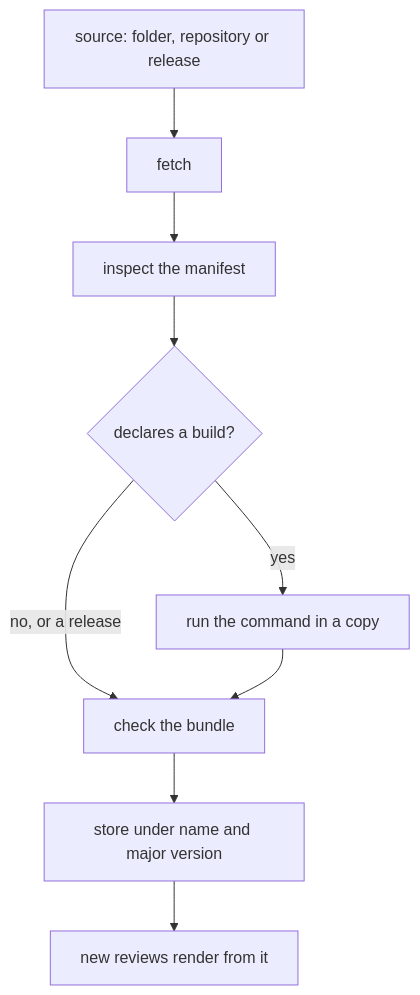
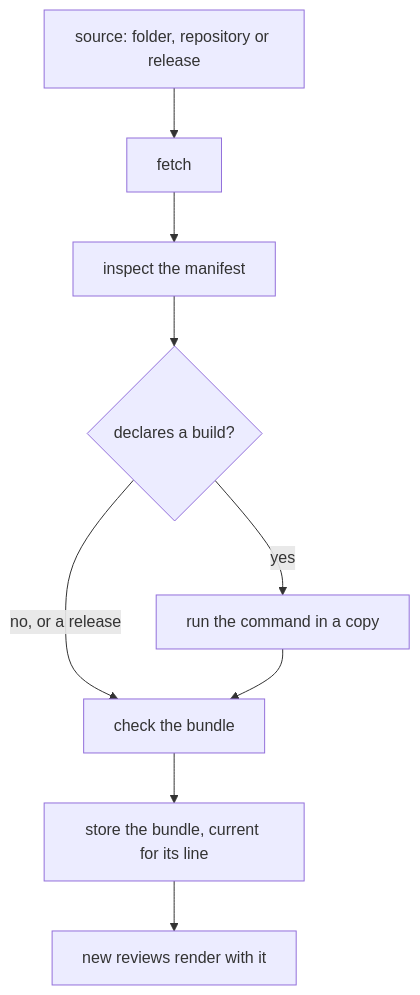
The first of 2 diagrams in docs/using/installing-plugins.md (forgeplane/pinrail), drawn with Mermaid before and after one commit. The commit also changed other lines of this file and 8 other files, not shown here.

````diff
--- a/docs/using/installing-plugins.md
+++ b/docs/using/installing-plugins.md
@@ -52,11 +52,11 @@
 ```mermaid title="From a source to the store"
 flowchart TB
   S["source: folder, repository or release"] --> F["fetch"]
   F --> I["inspect the manifest"]
   I --> B{"declares a build?"}
   B -->|"yes"| R["run the command in a copy"]
   B -->|"no, or a release"| C["check the bundle"]
   R --> C
-  C --> K["store under name and major version"]
-  K --> V["new reviews render from it"]
+  C --> K["store the bundle, current for its line"]
+  K --> V["new reviews render with it"]
 ```
````
